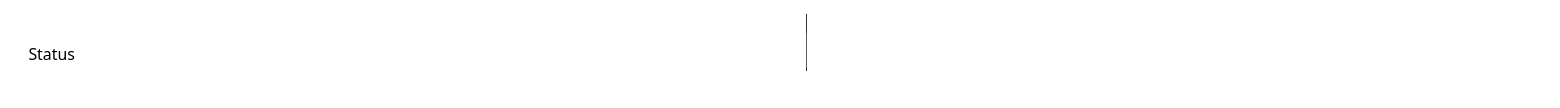
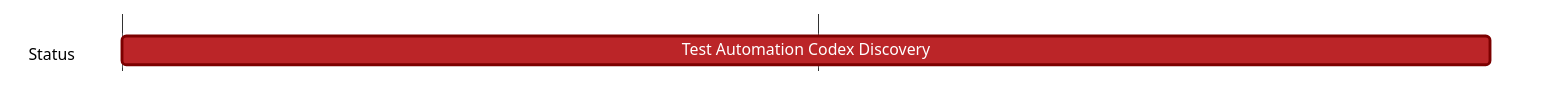
The diagram in content/vac/qa/g/codex/test-automation-codex-discovery.md (logos-co/roadmap), drawn with Mermaid before and after one commit.

````diff
--- a/content/vac/qa/g/codex/test-automation-codex-discovery.md
+++ b/content/vac/qa/g/codex/test-automation-codex-discovery.md
@@ -7,20 +7,20 @@
 ```mermaid
 %%{ 
   init: { 
     'theme': 'base', 
     'themeVariables': { 
       'primaryColor': '#BB2528', 
       'primaryTextColor': '#fff', 
       'primaryBorderColor': '#7C0000', 
       'lineColor': '#F8B229', 
       'secondaryColor': '#006100', 
       'tertiaryColor': '#fff' 
     } 
   } 
 }%%
 gantt
   tickInterval 1month
   dateFormat YYYY-MM-DD 
   section Status
-    Test Automation Codex Discovery:  2024-09-01, 2024-09-31
+    Test Automation Codex Discovery:  2024-09-01, 2024-10-30
 ```
````
